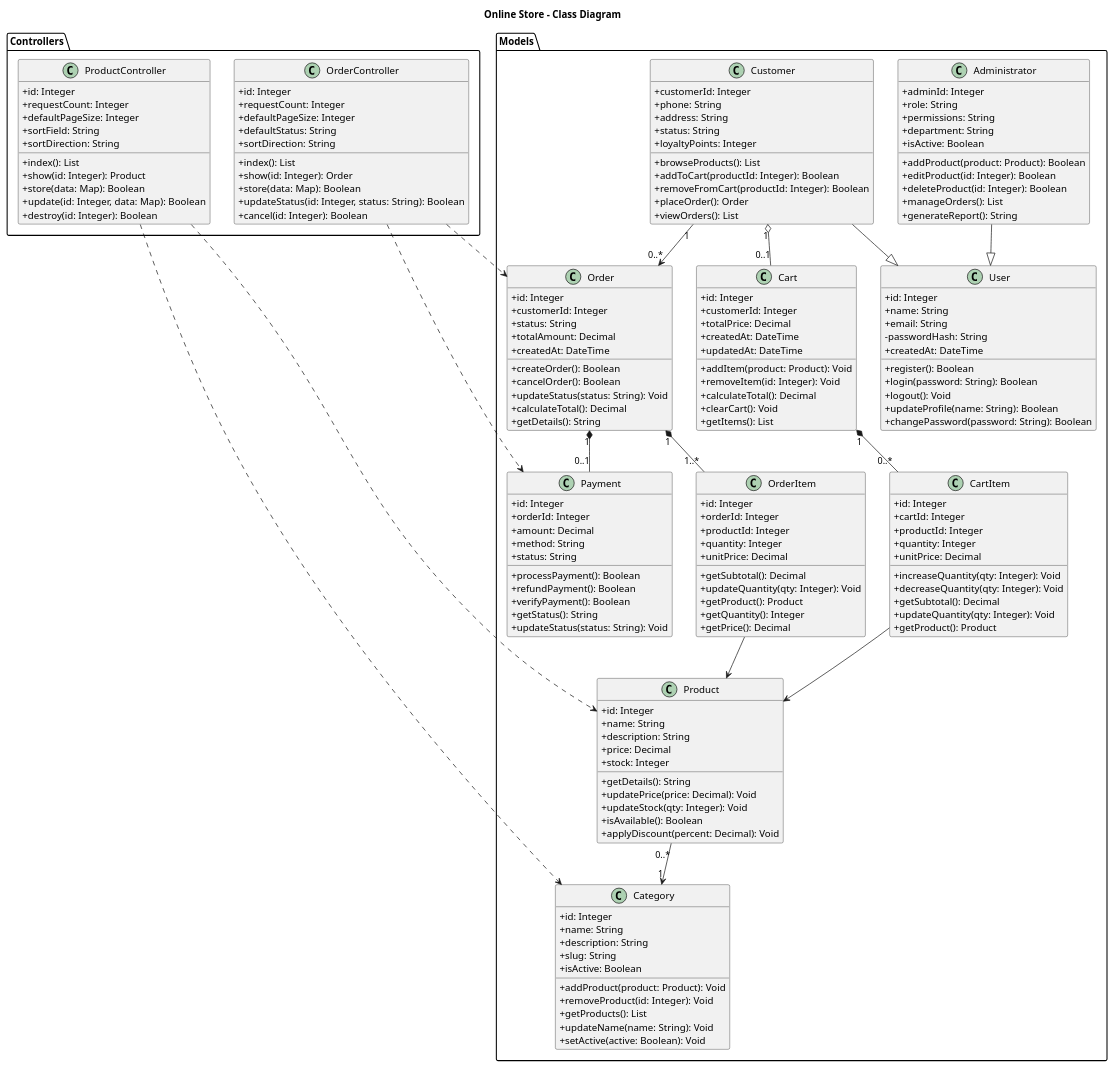
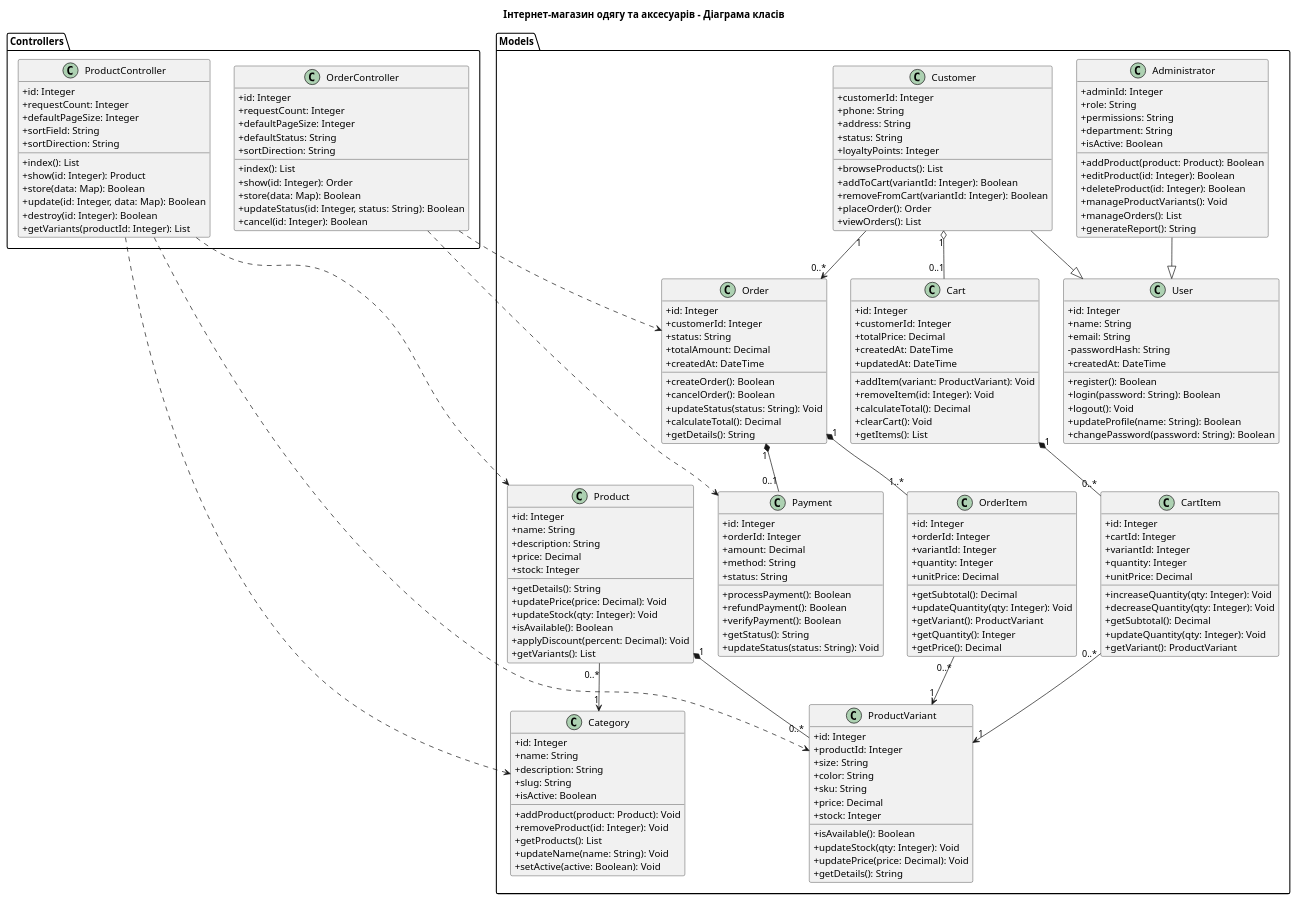
Before and after one commit to ulianadubrovska/PHP-CICD-Lab1: the diagram in docs/class-diagram.puml, drawn with PlantUML. The commit also changed other lines of this file and 4 other files, not shown here.

Commit message:
Update clothing store architecture and UML diagrams

```diff
--- a/docs/class-diagram.puml
+++ b/docs/class-diagram.puml
@@ -1,5 +2,6 @@
 @startuml
-title Online Store - Class Diagram
+title Інтернет-магазин одягу та аксесуарів - Діаграма класів
+
 skinparam classAttributeIconSize 0
 skinparam shadowing false
 hide empty members
@@ -26,8 +28,8 @@
   +status: String
   +loyaltyPoints: Integer
   +browseProducts(): List
-  +addToCart(productId: Integer): Boolean
-  +removeFromCart(productId: Integer): Boolean
+  +addToCart(variantId: Integer): Boolean
+  +removeFromCart(variantId: Integer): Boolean
   +placeOrder(): Order
   +viewOrders(): List
 }
@@ -41,6 +43,7 @@
   +addProduct(product: Product): Boolean
   +editProduct(id: Integer): Boolean
   +deleteProduct(id: Integer): Boolean
+  +manageProductVariants(): Void
   +manageOrders(): List
   +generateReport(): String
 }
@@ -56,6 +59,21 @@
   +updateStock(qty: Integer): Void
   +isAvailable(): Boolean
   +applyDiscount(percent: Decimal): Void
+  +getVariants(): List
+}
+
+class ProductVariant {
+  +id: Integer
+  +productId: Integer
+  +size: String
+  +color: String
+  +sku: String
+  +price: Decimal
+  +stock: Integer
+  +isAvailable(): Boolean
+  +updateStock(qty: Integer): Void
+  +updatePrice(price: Decimal): Void
+  +getDetails(): String
 }
 
 class Category {
@@ -77,7 +95,7 @@
   +totalPrice: Decimal
   +createdAt: DateTime
   +updatedAt: DateTime
-  +addItem(product: Product): Void
+  +addItem(variant: ProductVariant): Void
   +removeItem(id: Integer): Void
   +calculateTotal(): Decimal
   +clearCart(): Void
@@ -87,14 +105,14 @@
 class CartItem {
   +id: Integer
   +cartId: Integer
-  +productId: Integer
+  +variantId: Integer
   +quantity: Integer
   +unitPrice: Decimal
   +increaseQuantity(qty: Integer): Void
   +decreaseQuantity(qty: Integer): Void
   +getSubtotal(): Decimal
   +updateQuantity(qty: Integer): Void
-  +getProduct(): Product
+  +getVariant(): ProductVariant
 }
 
 class Order {
@@ -113,12 +131,12 @@
 class OrderItem {
   +id: Integer
   +orderId: Integer
-  +productId: Integer
+  +variantId: Integer
   +quantity: Integer
   +unitPrice: Decimal
   +getSubtotal(): Decimal
   +updateQuantity(qty: Integer): Void
-  +getProduct(): Product
+  +getVariant(): ProductVariant
   +getQuantity(): Integer
   +getPrice(): Decimal
 }
@@ -151,6 +169,7 @@
   +store(data: Map): Boolean
   +update(id: Integer, data: Map): Boolean
   +destroy(id: Integer): Boolean
+  +getVariants(productId: Integer): List
 }
 
 class OrderController {
@@ -168,23 +187,36 @@
 
 }
 
+' Наслідування
 Customer --|> User
 Administrator --|> User
 
+' Категорії і товари
 Product "0..*" --> "1" Category
+
+' Один товар має багато варіантів
+Product "1" *-- "0..*" ProductVariant
+
+' Покупці та замовлення
 Customer "1" --> "0..*" Order
 
+' Кошик покупця
 Customer "1" o-- "0..1" Cart
 
+' Позиції кошика і замовлення
 Cart "1" *-- "0..*" CartItem
 Order "1" *-- "1..*" OrderItem
 Order "1" *-- "0..1" Payment
 
-CartItem --> Product
-OrderItem --> Product
+' Позиції посилаються на конкретний варіант товару
+CartItem "0..*" --> "1" ProductVariant
+OrderItem "0..*" --> "1" ProductVariant
 
+' Залежності контролерів
 ProductController ..> Product
+ProductController ..> ProductVariant
 ProductController ..> Category
+
 OrderController ..> Order
 OrderController ..> Payment
 
```
